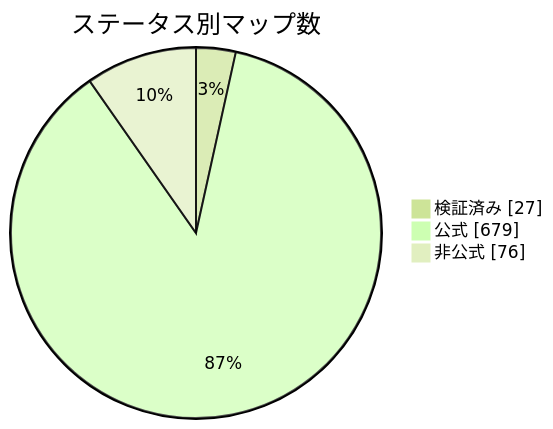
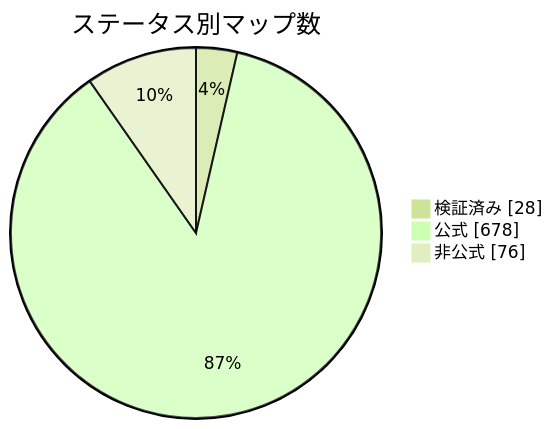
One commit to nobrega8/mbmap-library changed the diagram in docs/readme/README_JP.md. Above: the diagram before and after it, drawn with Mermaid (forest theme). The commit also changed 7 other files, not shown here.

````diff
--- a/docs/readme/README_JP.md
+++ b/docs/readme/README_JP.md
@@ -54,7 +54,7 @@
 ```mermaid
 pie showData
     title ステータス別マップ数
-    "検証済み" : 27
-    "公式" : 679
+    "検証済み" : 28
+    "公式" : 678
     "非公式" : 76
 ```
````
